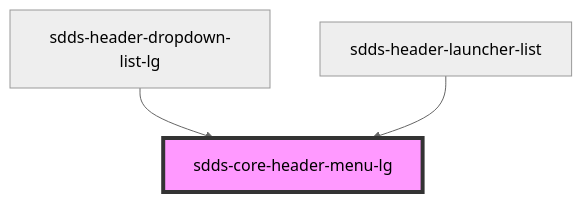
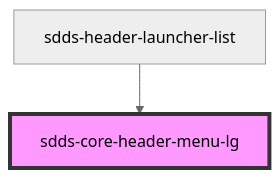
Before and after one commit to scania-digital-design-system/sdds: the diagram in tegel/src/components/header/webcomponent/core-header-menu-lg/readme.md, drawn with Mermaid (neutral theme). The commit also changed other lines of this file and 18 other files, not shown here.

Commit message:
feat(header): unify dropdown list components and propagate type

````diff
--- a/tegel/src/components/header/webcomponent/core-header-menu-lg/readme.md
+++ b/tegel/src/components/header/webcomponent/core-header-menu-lg/readme.md
@@ -16,6 +15,5 @@
 ```mermaid
 graph TD;
-  sdds-header-dropdown-list-lg --> sdds-core-header-menu-lg
   sdds-header-launcher-list --> sdds-core-header-menu-lg
   style sdds-core-header-menu-lg fill:#f9f,stroke:#333,stroke-width:4px
 ```
````
